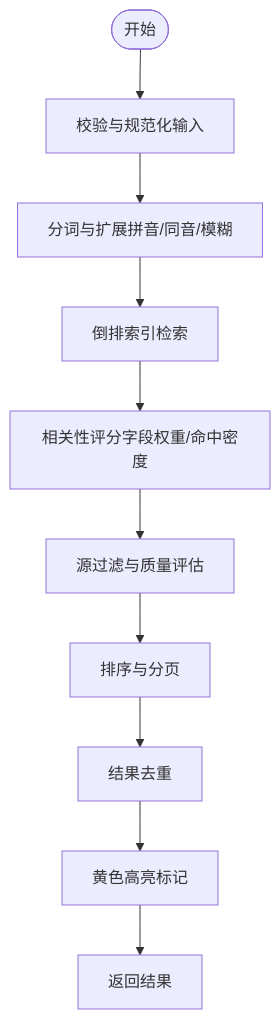
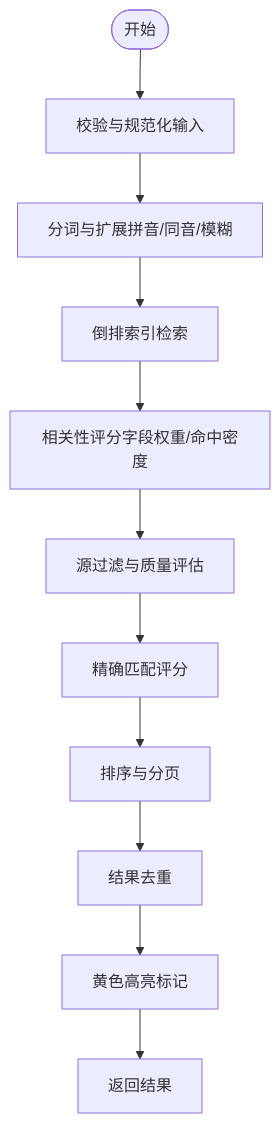
The third of 3 diagrams in .qoder/repowiki/zh/content/搜索功能/搜索功能.md (ZhangGHGitHub/LegadoTeamFlutter), drawn with Mermaid before and after one commit. The commit also changed other lines of this file and 173 other files, not shown here.

````diff
--- a/.qoder/repowiki/zh/content/搜索功能/搜索功能.md
+++ b/.qoder/repowiki/zh/content/搜索功能/搜索功能.md
@@ -225,12 +341,13 @@
 ```mermaid
 flowchart TD
 Start(["开始"]) --> Validate["校验与规范化输入"]
 Validate --> Tokenize["分词与扩展拼音/同音/模糊"]
 Tokenize --> InvertIndex["倒排索引检索"]
 InvertIndex --> Score["相关性评分字段权重/命中密度"]
 Score --> SourceFilter["源过滤与质量评估"]
-SourceFilter --> Sort["排序与分页"]
+SourceFilter --> PrecisionMatch["精确匹配评分"]
+PrecisionMatch --> Sort["排序与分页"]
 Sort --> Dedup["结果去重"]
 Dedup --> Highlight["黄色高亮标记"]
 Highlight --> Return["返回结果"]
 ```
````
